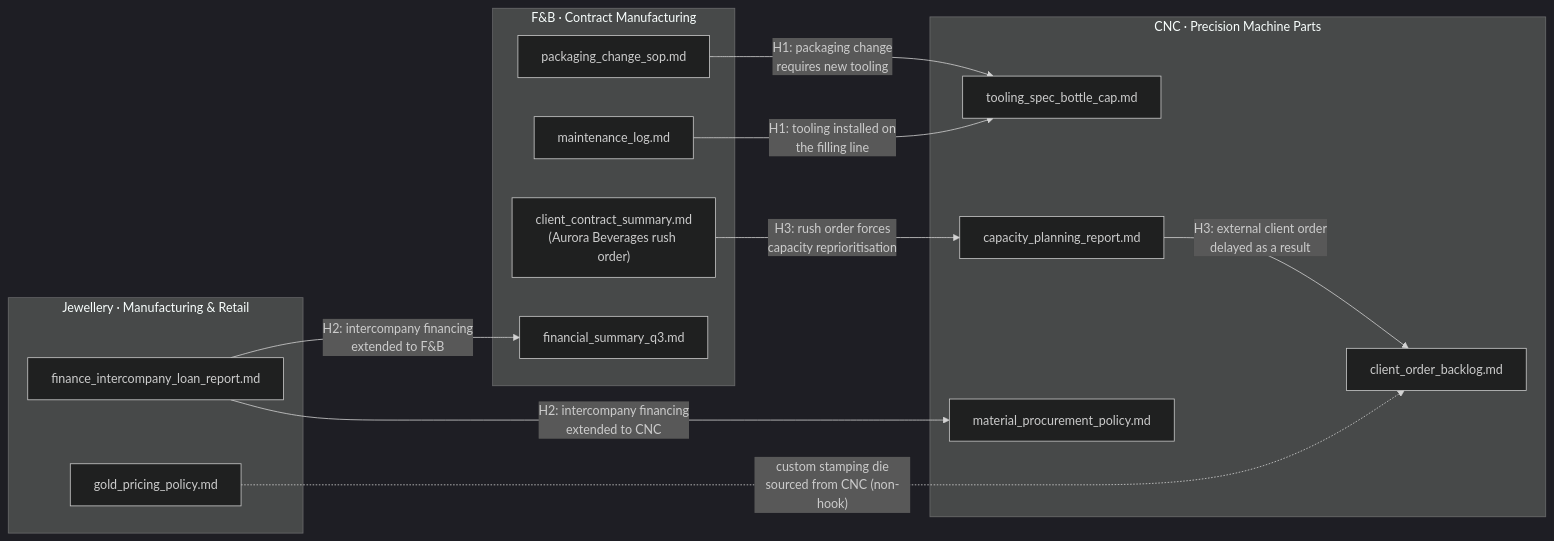
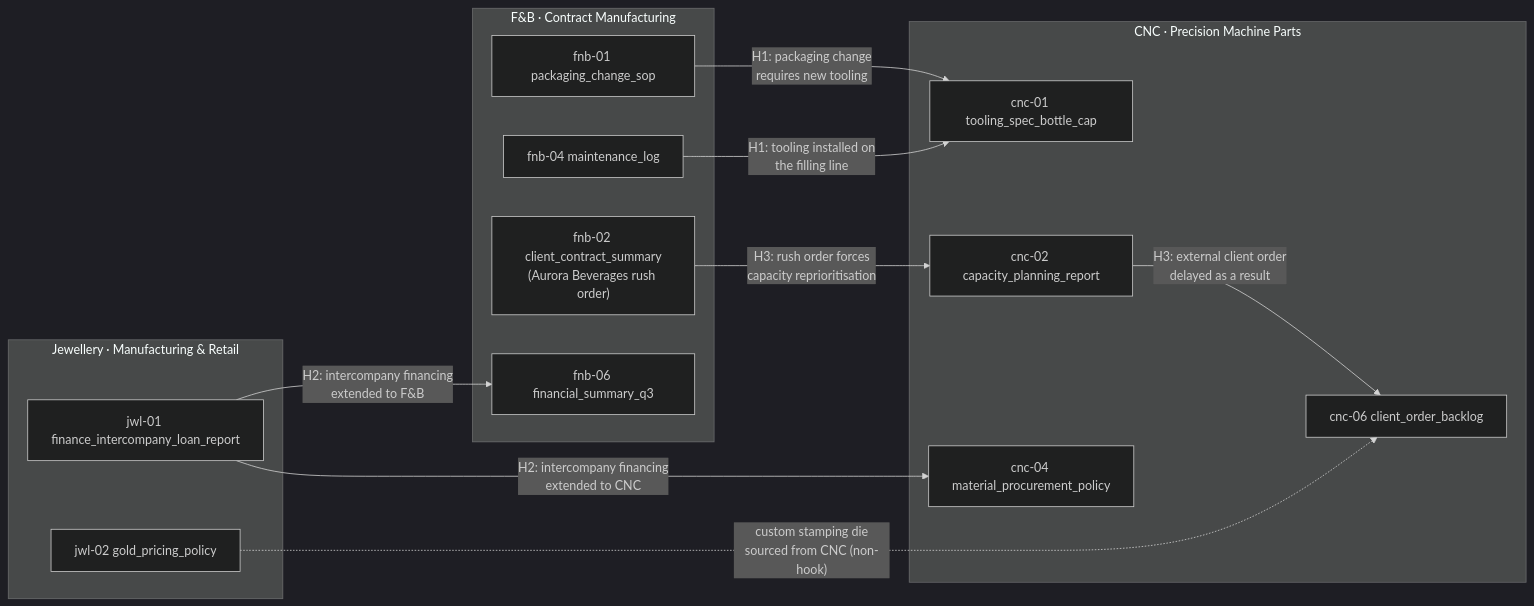
One commit to tgmok/Tanya-RAG-Project changed the second of 2 diagrams in docs/SYSTEM_FLOW.md. Above: the diagram before and after it, drawn with Mermaid (dark theme). The commit also changed other lines of this file and 40 other files, not shown here.

````diff
--- a/docs/SYSTEM_FLOW.md
+++ b/docs/SYSTEM_FLOW.md
@@ -54,32 +65,32 @@
 ```mermaid
 flowchart LR
     subgraph FNB["F&B · Contract Manufacturing"]
-        FNB1["packaging_change_sop.md"]
-        FNB2["client_contract_summary.md<br/>(Aurora Beverages rush order)"]
-        FNB4["maintenance_log.md"]
-        FNB6["financial_summary_q3.md"]
+        FNB1["fnb-01 packaging_change_sop"]
+        FNB2["fnb-02 client_contract_summary<br/>(Aurora Beverages rush order)"]
+        FNB4["fnb-04 maintenance_log"]
+        FNB6["fnb-06 financial_summary_q3"]
     end
 
     subgraph CNC["CNC · Precision Machine Parts"]
-        CNC1["tooling_spec_bottle_cap.md"]
-        CNC2["capacity_planning_report.md"]
-        CNC4["material_procurement_policy.md"]
-        CNC6["client_order_backlog.md"]
+        CNC1["cnc-01 tooling_spec_bottle_cap"]
+        CNC2["cnc-02 capacity_planning_report"]
+        CNC4["cnc-04 material_procurement_policy"]
+        CNC6["cnc-06 client_order_backlog"]
     end
 
     subgraph JWL["Jewellery · Manufacturing & Retail"]
-        JWL1["finance_intercompany_loan_report.md"]
-        JWL2["gold_pricing_policy.md"]
+        JWL1["jwl-01 finance_intercompany_loan_report"]
+        JWL2["jwl-02 gold_pricing_policy"]
     end
 
     FNB1 -- "H1: packaging change<br/>requires new tooling" --> CNC1
     FNB4 -- "H1: tooling installed on<br/>the filling line" --> CNC1
 
     FNB2 -- "H3: rush order forces<br/>capacity reprioritisation" --> CNC2
     CNC2 -- "H3: external client order<br/>delayed as a result" --> CNC6
 
     JWL1 -- "H2: intercompany financing<br/>extended to F&B" --> FNB6
     JWL1 -- "H2: intercompany financing<br/>extended to CNC" --> CNC4
 
     JWL2 -. "custom stamping die<br/>sourced from CNC (non-hook)" .-> CNC6
 ```
````
